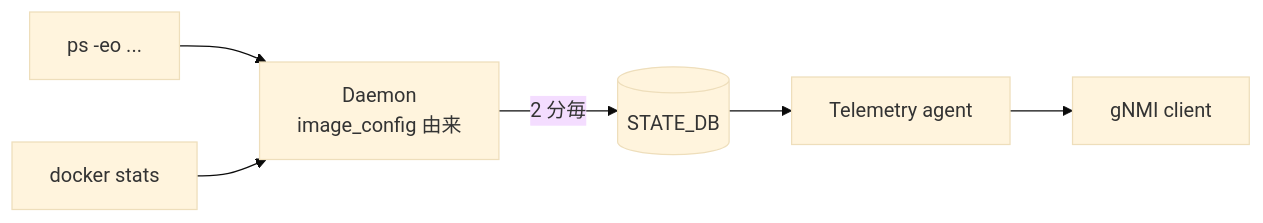
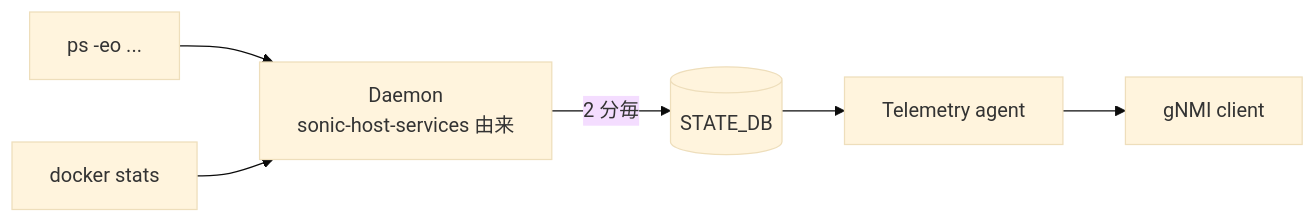
One commit to aoki-taquan/sonic-unofficial-docs changed the diagram in docs/system/process-and-docker-stats-availability-via-telemetry-agent.md. Above: the diagram before and after it, drawn with Mermaid (base theme). The commit also changed 3 other files, not shown here.

First line of the commit message:
review(batch-174): fix mermaid label, admonition types, and stale command

````diff
--- a/docs/system/process-and-docker-stats-availability-via-telemetry-agent.md
+++ b/docs/system/process-and-docker-stats-availability-via-telemetry-agent.md
@@ -42,8 +42,8 @@
 ```mermaid
 flowchart LR
-    DM[Daemon\n image_config 由来] -->|2 分毎| SDB[(STATE_DB)]
+    DM["Daemon<br/>sonic-host-services 由来"] -->|2 分毎| SDB[(STATE_DB)]
     PS[ps -eo ...] --> DM
     DS[docker stats] --> DM
     SDB --> TA[Telemetry agent]
     TA --> CLIENT[gNMI client]
 ```
````
